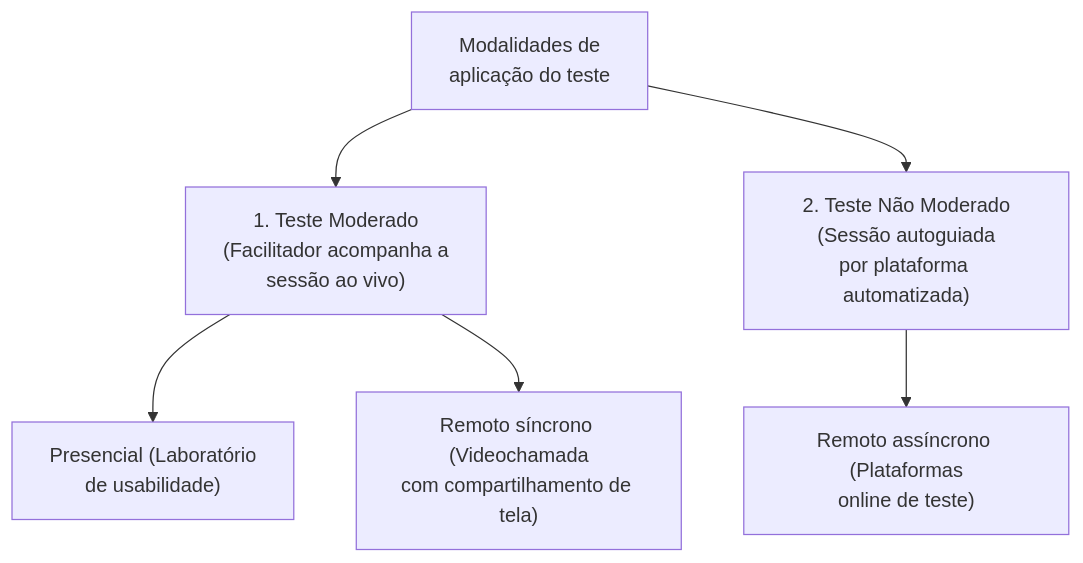
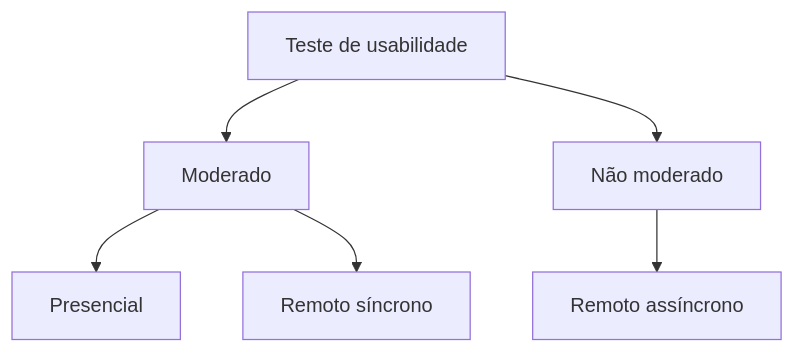
One commit to leorruas/puc changed the second of 3 diagrams in 08. Design de Interacao/23. Teste de usabilidade - método empírico formal de avaliação por observação.md. Above: the diagram before and after it, drawn with Mermaid. The commit also changed other lines of this file, not shown here.

Commit message:
Normaliza visualizações de teste de usabilidade

````diff
--- a/08. Design de Interacao/23. Teste de usabilidade - método empírico formal de avaliação por observação.md
+++ b/08. Design de Interacao/23. Teste de usabilidade - método empírico formal de avaliação por observação.md
@@ -105,10 +109,15 @@
 ```mermaid
 flowchart TD
-    Modalidades["Modalidades de<br>aplicação do teste"] --> Mod["1. Teste Moderado<br>(Facilitador acompanha a<br>sessão ao vivo)"]
-    Modalidades --> NMod["2. Teste Não Moderado<br>(Sessão autoguiada<br>por plataforma automatizada)"]
-    
-    Mod --> Pres["Presencial (Laboratório<br>de usabilidade)"]
-    Mod --> RemS["Remoto síncrono (Videochamada<br>com compartilhamento de tela)"]
-    
-    NMod --> RemA["Remoto assíncrono (Plataformas<br>online de teste)"]
+    Teste["Teste de usabilidade"]:::core
+    Moderado["Moderado"]:::component
+    NaoModerado["Não moderado"]:::component
+    Presencial["Presencial"]:::data
+    RemotoSincrono["Remoto síncrono"]:::data
+    RemotoAssincrono["Remoto assíncrono"]:::data
+
+    Teste --> Moderado
+    Teste --> NaoModerado
+    Moderado --> Presencial
+    Moderado --> RemotoSincrono
+    NaoModerado --> RemotoAssincrono
 ```
````
